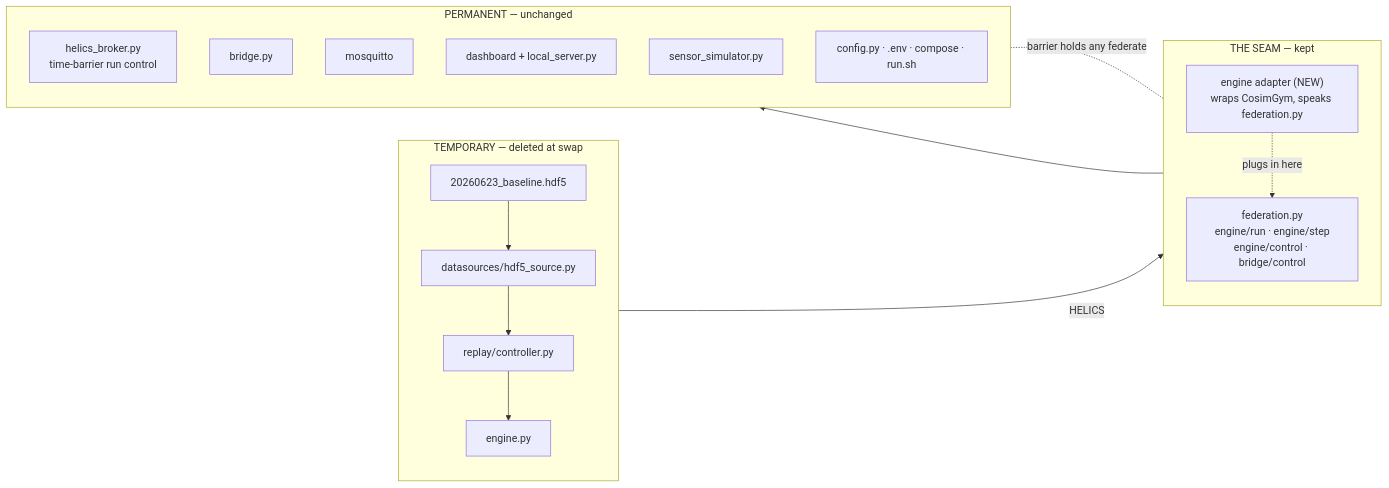
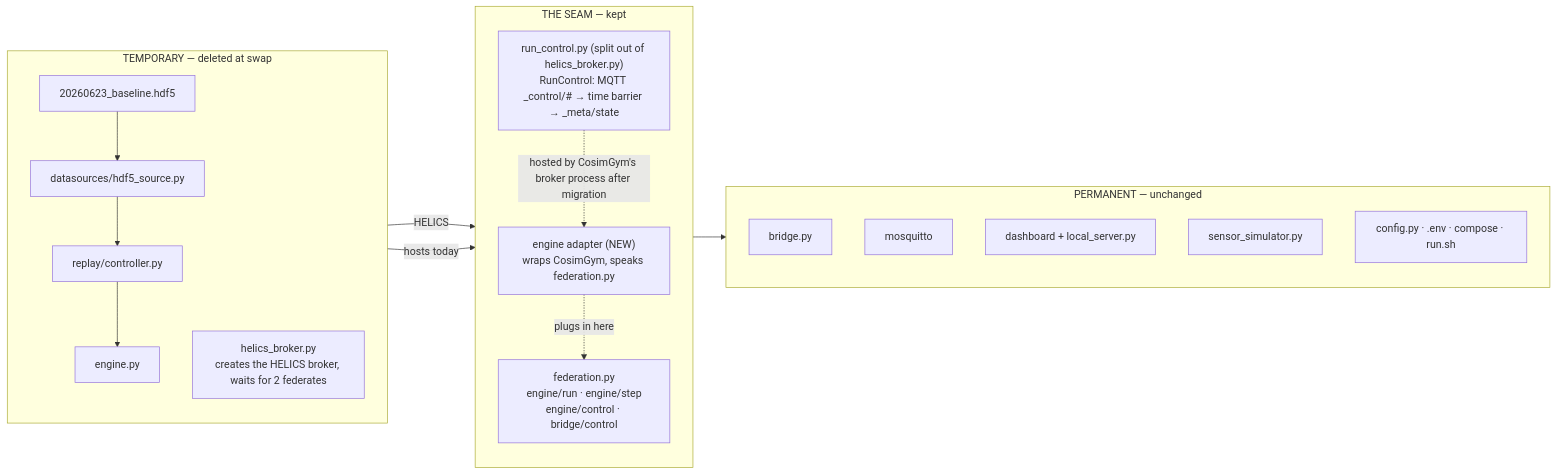
Before and after one commit to dshaterzadeh/Live_simulatation_viewer: the third of 3 diagrams in README.md, drawn with Mermaid. The commit also changed other lines of this file and 1 other file, not shown here.

First line of the commit message:
Docs: the HELICS broker process is temporary, RunControl is the movable seam

````diff
--- a/README.md
+++ b/README.md
@@ -456,28 +456,30 @@
 ```mermaid
 flowchart LR
   subgraph T["TEMPORARY — deleted at swap"]
     direction TB
     F["20260623_baseline.hdf5"]
     S["datasources/hdf5_source.py"]
     C["replay/controller.py"]
     E["engine.py"]
+    H["helics_broker.py<br/>creates the HELICS broker, waits for 2 federates"]
     F --> S --> C --> E
   end
   subgraph M["THE SEAM — kept"]
     direction TB
     W["federation.py<br/>engine/run · engine/step<br/>engine/control · bridge/control"]
+    B["run_control.py (split out of helics_broker.py)<br/>RunControl: MQTT _control/# → time barrier → _meta/state"]
     N["engine adapter (NEW)<br/>wraps CosimGym, speaks federation.py"]
   end
   subgraph P["PERMANENT — unchanged"]
     direction TB
-    B["helics_broker.py<br/>time-barrier run control"]
     R["bridge.py"]
     Q["mosquitto"]
     D["dashboard + local_server.py"]
     X["sensor_simulator.py"]
     K["config.py · .env · compose · run.sh"]
   end
   E -- "HELICS" --> W --> R
   N -. "plugs in here" .-> W
-  B -. "barrier holds any federate" .- W
+  H -- "hosts today" --> B
+  B -. "hosted by CosimGym's broker process after migration" .-> N
 ```
````
